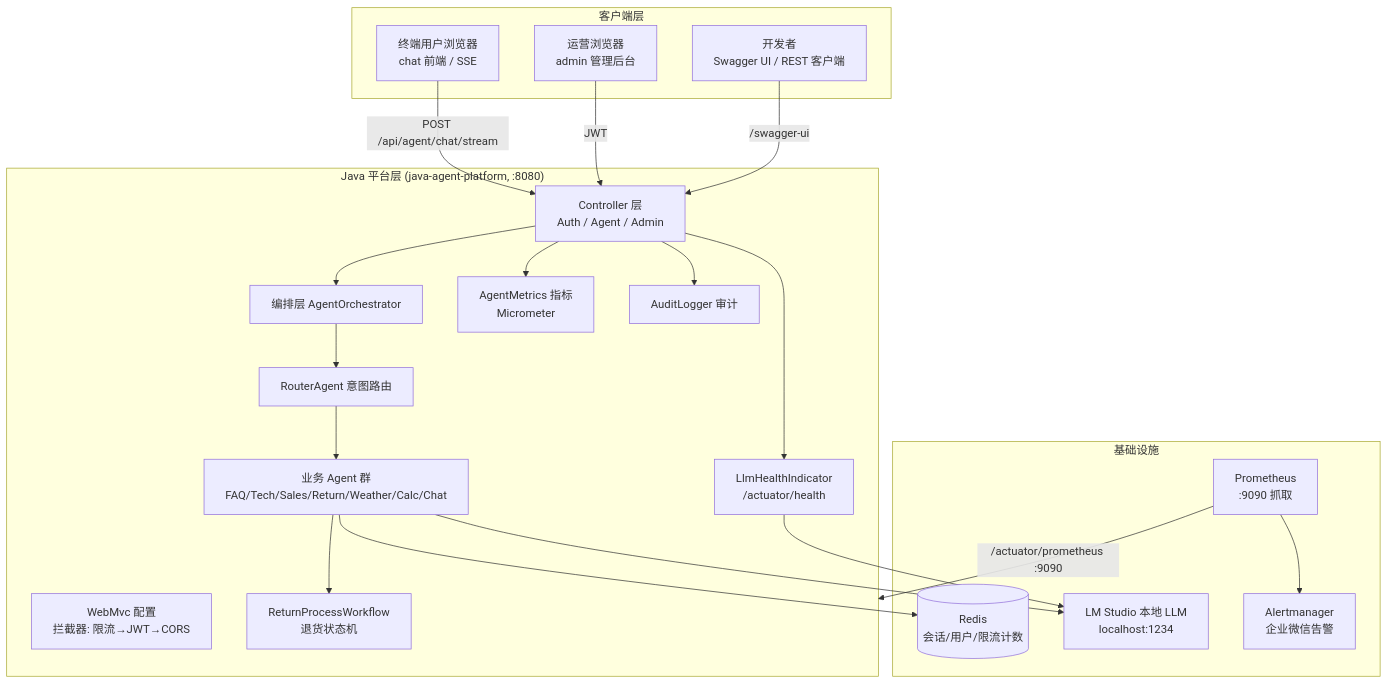
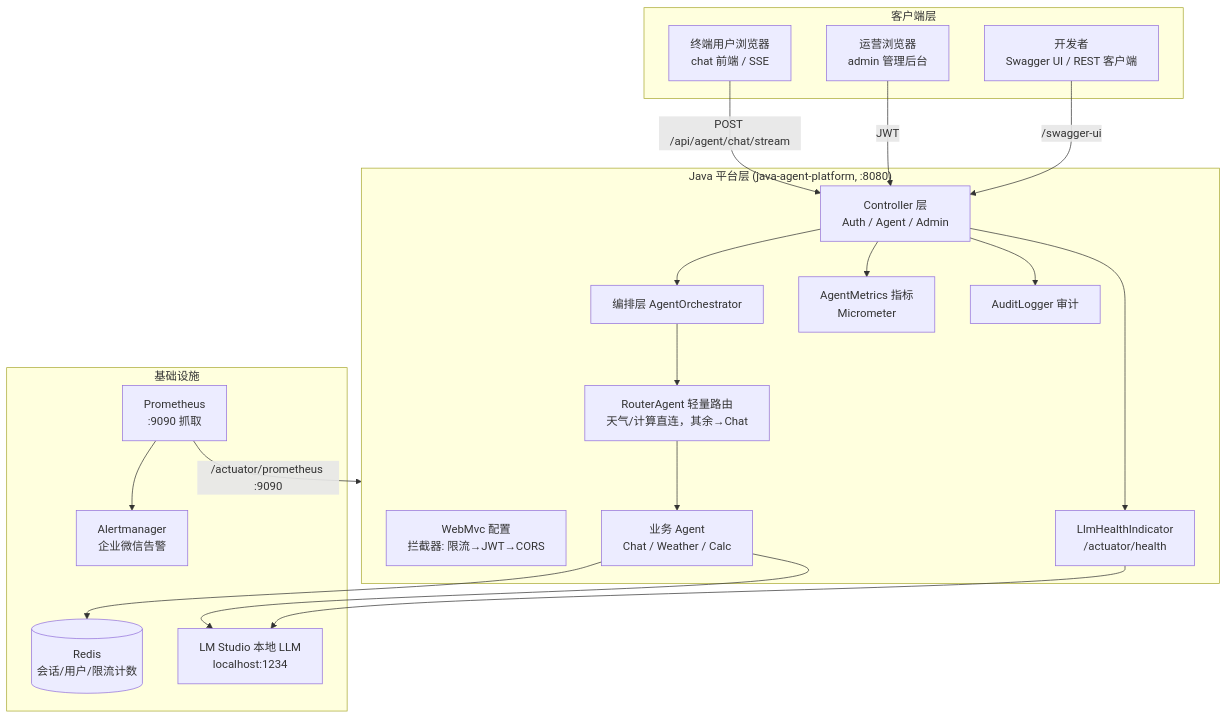
One commit to gee427/smartservice-agent changed the first of 3 diagrams in docs/ARCHITECTURE.md. Above: the diagram before and after it, drawn with Mermaid. The commit also changed other lines of this file and 9 other files, not shown here.

````diff
--- a/docs/ARCHITECTURE.md
+++ b/docs/ARCHITECTURE.md
@@ -7,43 +7,41 @@
 ```mermaid
 graph TB
     subgraph Client["客户端层"]
         U[终端用户浏览器<br/>chat 前端 / SSE]
         OP[运营浏览器<br/>admin 管理后台]
         DEV[开发者<br/>Swagger UI / REST 客户端]
     end
 
     subgraph Platform["Java 平台层 (java-agent-platform, :8080)"]
         CORS[WebMvc 配置<br/>拦截器: 限流→JWT→CORS]
         API[Controller 层<br/>Auth / Agent / Admin]
         ORCH[编排层 AgentOrchestrator]
-        ROUTER[RouterAgent 意图路由]
-        AGENTS[业务 Agent 群<br/>FAQ/Tech/Sales/Return/Weather/Calc/Chat]
-        WF[ReturnProcessWorkflow<br/>退货状态机]
+        ROUTER[RouterAgent 轻量路由<br/>天气/计算直连，其余→Chat]
+        AGENTS[业务 Agent<br/>Chat / Weather / Calc]
         METRICS[AgentMetrics 指标<br/>Micrometer]
         AUDIT[AuditLogger 审计]
         HEALTH[LlmHealthIndicator<br/>/actuator/health]
     end
 
     subgraph Infra["基础设施"]
         REDIS[(Redis<br/>会话/用户/限流计数)]
         LLM[LM Studio 本地 LLM<br/>localhost:1234]
         PROM[Prometheus<br/>:9090 抓取]
         AM[Alertmanager<br/>企业微信告警]
     end
 
     U -->|POST /api/agent/chat/stream| API
     OP -->|JWT| API
     DEV -->|/swagger-ui| API
     API --> ORCH
     ORCH --> ROUTER
     ROUTER --> AGENTS
-    AGENTS --> WF
     AGENTS --> LLM
     AGENTS --> REDIS
     API --> METRICS
     API --> AUDIT
     API --> HEALTH
     HEALTH --> LLM
     PROM -->|/actuator/prometheus :9090| Platform
     PROM --> AM
 ```
````
